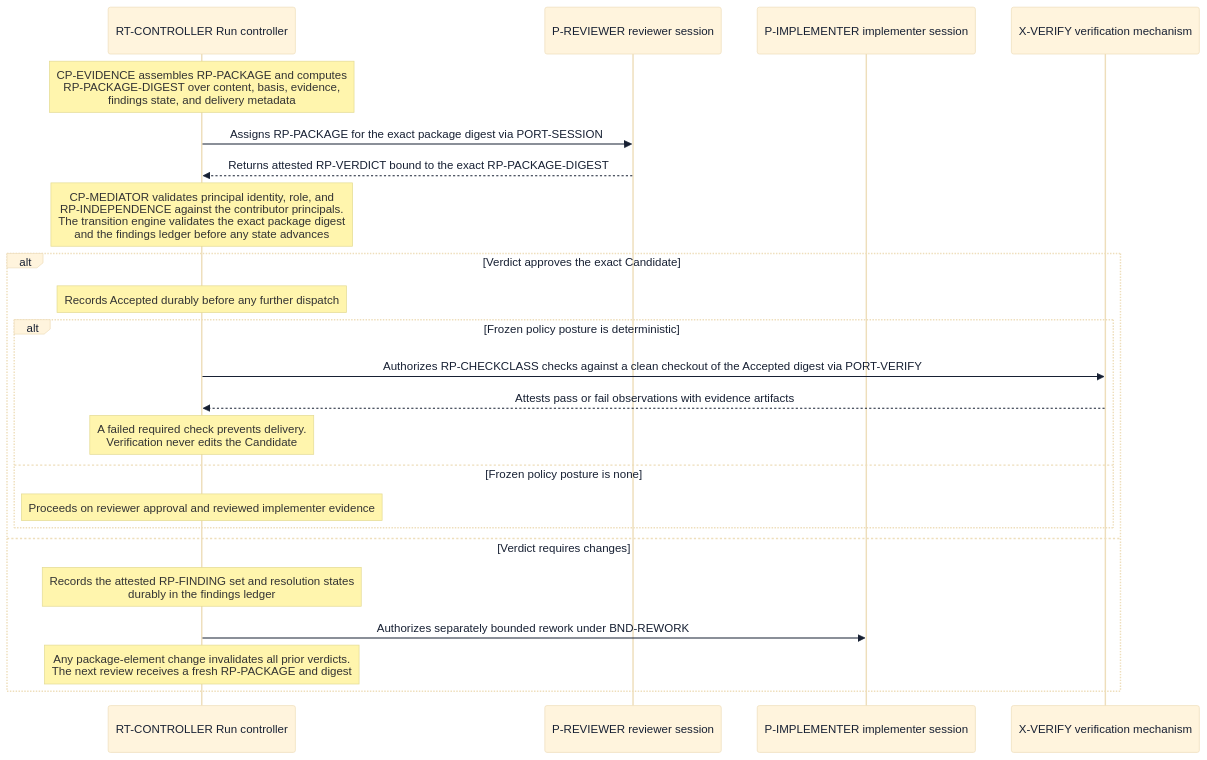
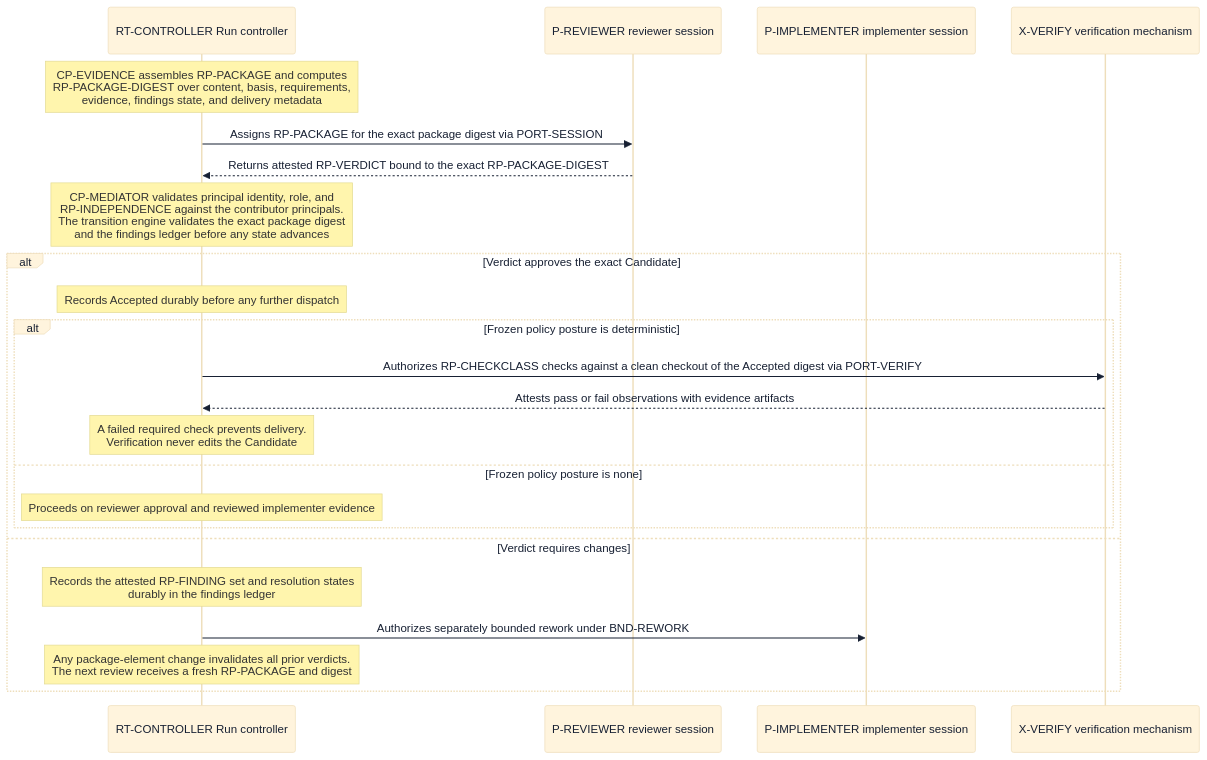
Before and after one commit to agentic-workflow-kit/jig: the diagram in docs/redesign/design/review-and-verification-execution.md, drawn with Mermaid. The commit also changed other lines of this file and 10 other files, not shown here.

````diff
--- a/docs/redesign/design/review-and-verification-execution.md
+++ b/docs/redesign/design/review-and-verification-execution.md
@@ -164,27 +166,27 @@
 ```mermaid
 %%{init: {"theme": "base", "themeVariables": {"fontFamily": "Inter, ui-sans-serif, system-ui", "primaryTextColor": "#172033", "lineColor": "#65758b"}}}%%
 sequenceDiagram
     participant Ctl as RT-CONTROLLER Run controller
     participant Rev as P-REVIEWER reviewer session
     participant Impl as P-IMPLEMENTER implementer session
     participant Ver as X-VERIFY verification mechanism
 
-    Note over Ctl: CP-EVIDENCE assembles RP-PACKAGE and computes<br/>RP-PACKAGE-DIGEST over content, basis, evidence,<br/>findings state, and delivery metadata
+    Note over Ctl: CP-EVIDENCE assembles RP-PACKAGE and computes<br/>RP-PACKAGE-DIGEST over content, basis, requirements,<br/>evidence, findings state, and delivery metadata
     Ctl->>Rev: Assigns RP-PACKAGE for the exact package digest via PORT-SESSION
     Rev-->>Ctl: Returns attested RP-VERDICT bound to the exact RP-PACKAGE-DIGEST
     Note over Ctl: CP-MEDIATOR validates principal identity, role, and<br/>RP-INDEPENDENCE against the contributor principals.<br/>The transition engine validates the exact package digest<br/>and the findings ledger before any state advances
     alt Verdict approves the exact Candidate
         Note over Ctl: Records Accepted durably before any further dispatch
         alt Frozen policy posture is deterministic
             Ctl->>Ver: Authorizes RP-CHECKCLASS checks against a clean checkout of the Accepted digest via PORT-VERIFY
             Ver-->>Ctl: Attests pass or fail observations with evidence artifacts
             Note over Ctl: A failed required check prevents delivery.<br/>Verification never edits the Candidate
         else Frozen policy posture is none
             Note over Ctl: Proceeds on reviewer approval and reviewed implementer evidence
         end
     else Verdict requires changes
         Note over Ctl: Records the attested RP-FINDING set and resolution states<br/>durably in the findings ledger
         Ctl->>Impl: Authorizes separately bounded rework under BND-REWORK
         Note over Ctl: Any package-element change invalidates all prior verdicts.<br/>The next review receives a fresh RP-PACKAGE and digest
     end
 ```
````
